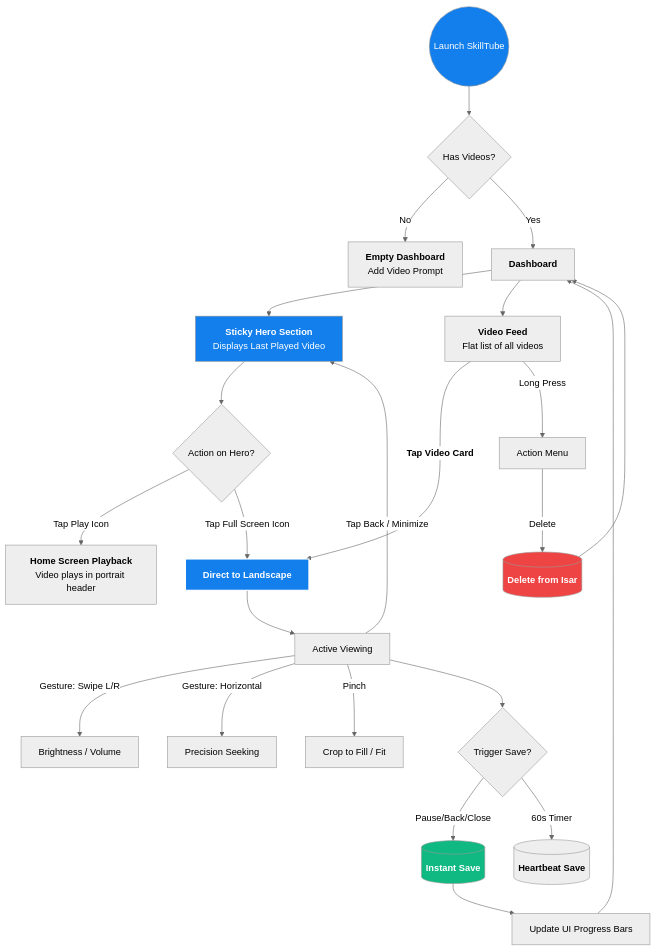
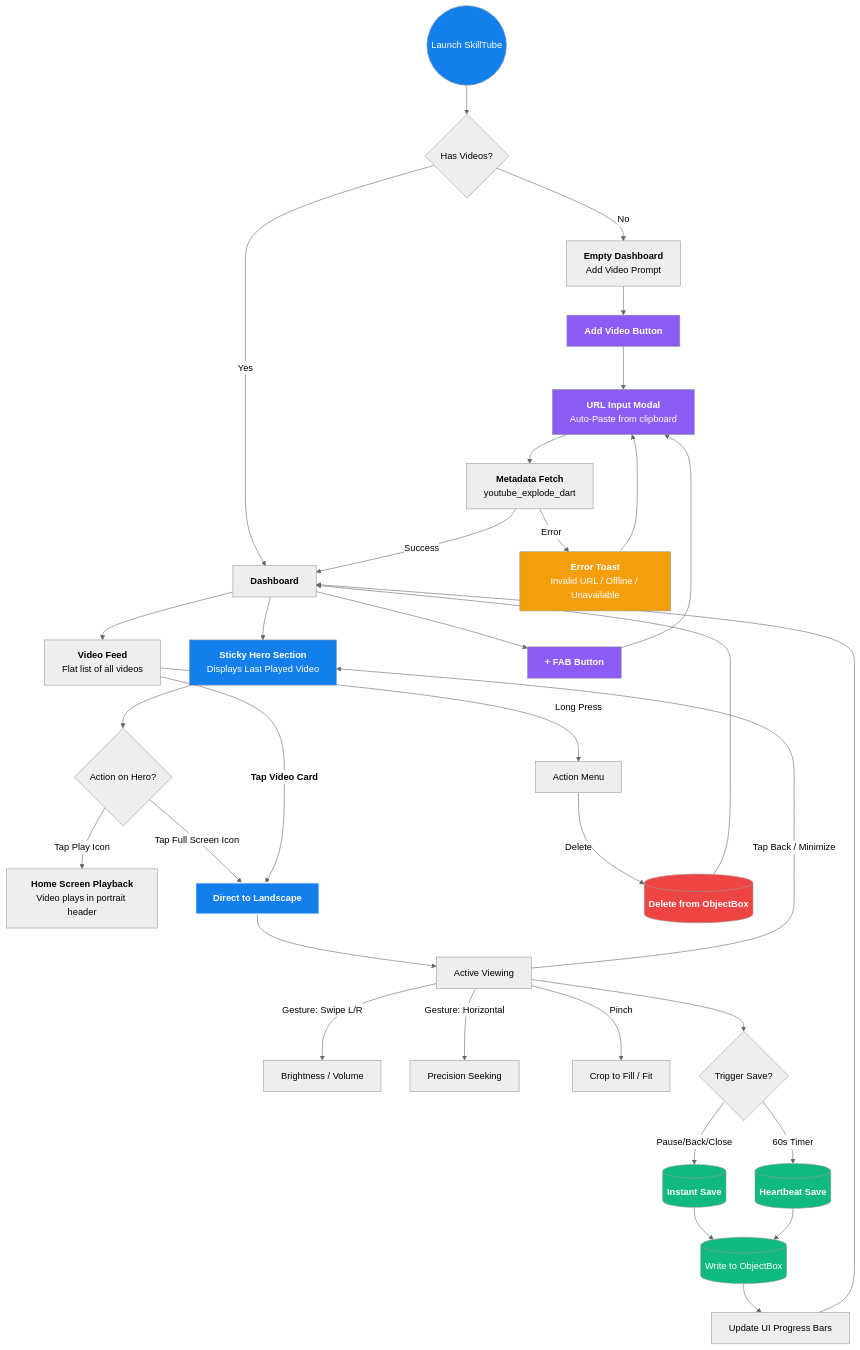
The diagram in doc/app/userflow.mmd (anshra1/grow_tube), drawn with Mermaid (neutral theme) before and after one commit. The commit also changed 44 other files, not shown here.

```diff
--- a/doc/app/userflow.mmd
+++ b/doc/app/userflow.mmd
@@ -1,44 +1,62 @@
 graph TD
     %% Initial Entry
     Start((Launch SkillTube)) --> CheckDB{Has Videos?}
     CheckDB -->|No| Empty[<b>Empty Dashboard</b><br/>Add Video Prompt]
     CheckDB -->|Yes| Dashboard[<b>Dashboard</b>]
 
-    %% The Hero Section (New Logic)
+    %% The Hero Section
     Dashboard --> Hero[<b>Sticky Hero Section</b><br/>Displays Last Played Video]
     Hero --> HeroPlay{Action on Hero?}
     HeroPlay -->|Tap Play Icon| InlinePlay[<b>Home Screen Playback</b><br/>Video plays in portrait header]
     HeroPlay -->|Tap Full Screen Icon| Landscape[<b>Landscape Focus Mode</b><br/>MX Player Controls]
     
     %% The Feed
     Dashboard --> Feed[<b>Video Feed</b><br/>Flat list of all videos]
     Feed -->|<b>Tap Video Card</b>| Landscape[<b>Direct to Landscape</b>]
+
+    %% Add Video (FAB — always accessible)
+    Dashboard --> FAB[<b>+ FAB Button</b>]
+    Empty --> AddBtn[<b>Add Video Button</b>]
+    FAB --> Modal[<b>URL Input Modal</b><br/>Auto-Paste from clipboard]
+    AddBtn --> Modal
+    Modal --> Fetch[<b>Metadata Fetch</b><br/>youtube_explode_dart]
+    Fetch -->|Success| Dashboard
+    Fetch -->|Error| Toast[<b>Error Toast</b><br/>Invalid URL / Offline / Unavailable]
+    Toast --> Modal
 
     %% The Landscape Loop
     Landscape --> Watch[Active Viewing]
     Watch -->|Gesture: Swipe L/R| MXControls[Brightness / Volume]
     Watch -->|Gesture: Horizontal| Seek[Precision Seeking]
     Watch -->|Pinch| Zoom[Crop to Fill / Fit]
 
     %% Exit Transition
     Watch -->|Tap Back / Minimize| Hero
     
     %% The Hybrid Save (Data Safety)
     Watch --> SaveLogic{Trigger Save?}
     SaveLogic -->|Pause/Back/Close| Instant[(<b>Instant Save</b>)]
     SaveLogic -->|60s Timer| Heartbeat[(<b>Heartbeat Save</b>)]
     
-    Instant --> Sync[Update UI Progress Bars]
+    Instant --> OBWrite[(Write to ObjectBox)]
+    Heartbeat --> OBWrite
+    OBWrite --> Sync[Update UI Progress Bars]
     Sync --> Dashboard
 
     %% Management
     Feed -->|Long Press| Actions[Action Menu]
-    Actions -->|Delete| Delete[(<b>Delete from Isar</b>)]
+    Actions -->|Delete| Delete[(<b>Delete from ObjectBox</b>)]
     Delete --> Dashboard
 
     %% Styling
     style Start fill:#137fec,color:#fff
     style Landscape fill:#137fec,color:#fff,stroke:#fff,stroke-width:2px
     style Hero fill:#137fec,color:#fff
     style Instant fill:#10b981,color:#fff
-    style Delete fill:#ef4444,color:#fff 
+    style Heartbeat fill:#10b981,color:#fff
+    style OBWrite fill:#10b981,color:#fff
+    style Delete fill:#ef4444,color:#fff
+    style FAB fill:#8b5cf6,color:#fff
+    style AddBtn fill:#8b5cf6,color:#fff
+    style Modal fill:#8b5cf6,color:#fff
+    style Toast fill:#f59e0b,color:#fff
```
